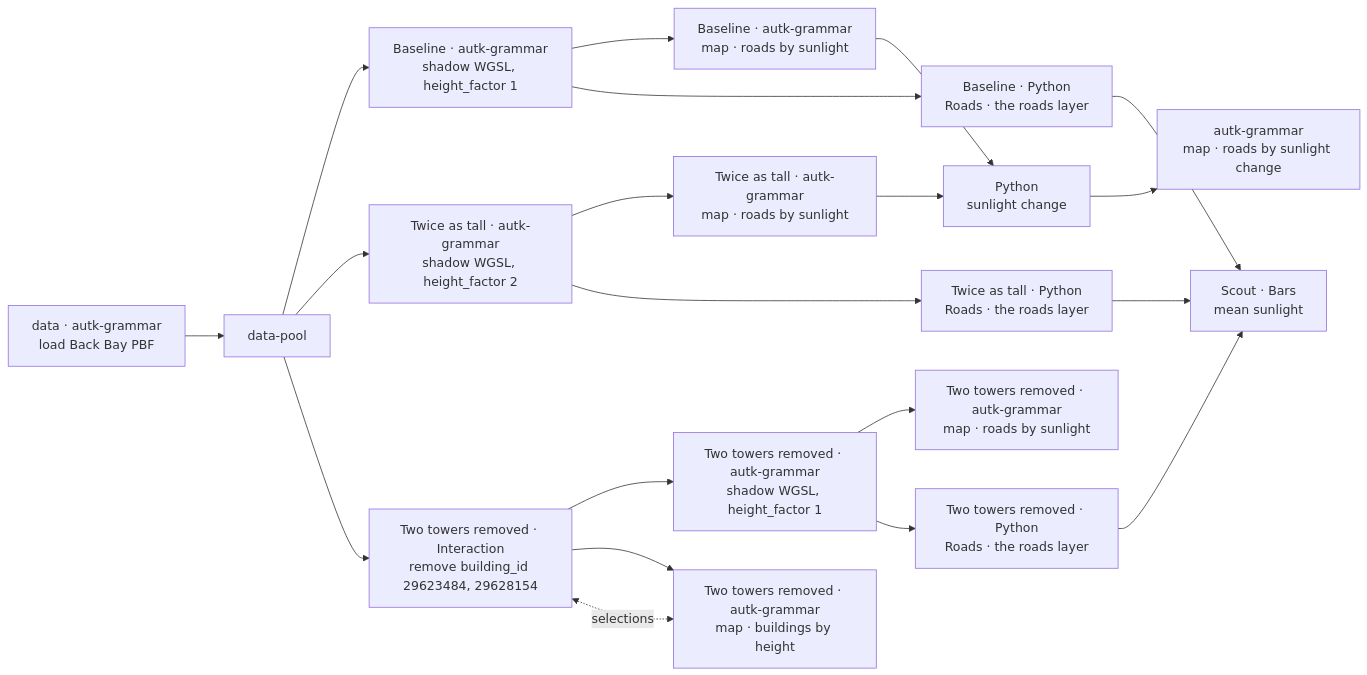
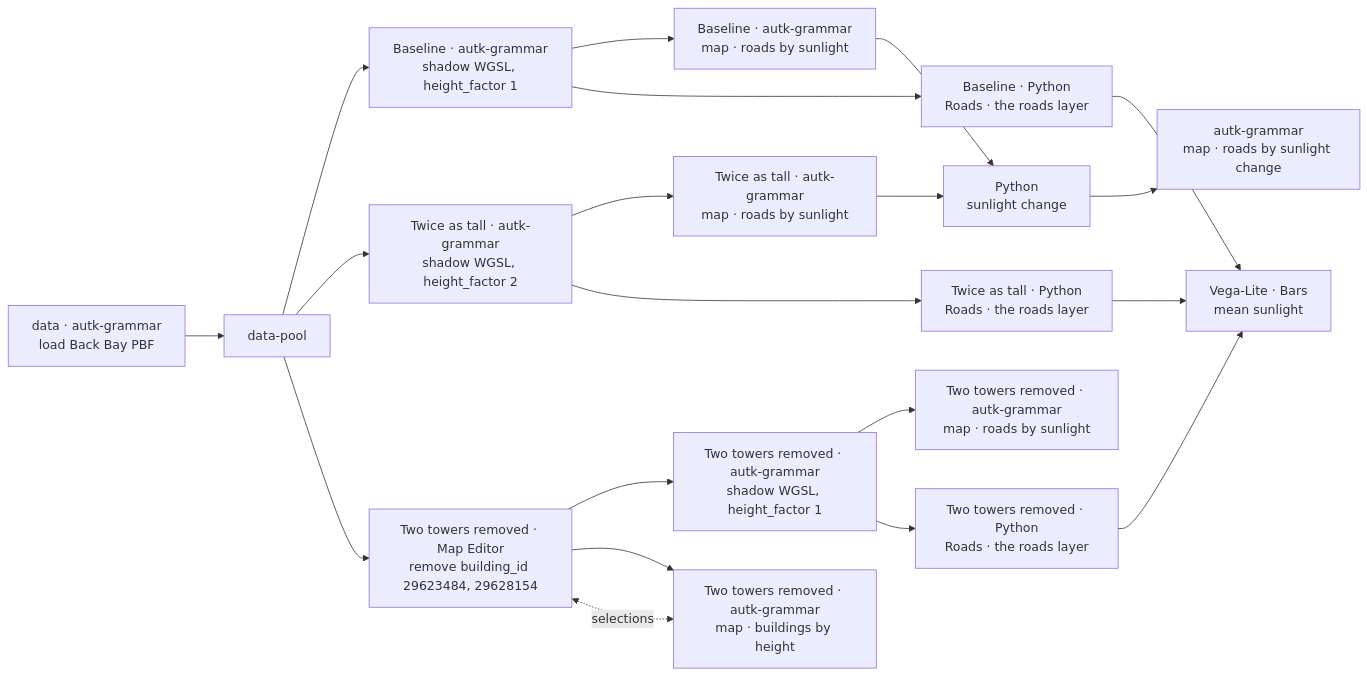
One commit to urban-toolkit/curio changed the diagram in docs/examples/06-back-bay-road-sunlight.md. Above: the diagram before and after it, drawn with Mermaid. The commit also changed other lines of this file and 9 other files, not shown here.

````diff
--- a/docs/examples/06-back-bay-road-sunlight.md
+++ b/docs/examples/06-back-bay-road-sunlight.md
@@ -19,34 +19,34 @@
 ```mermaid
 flowchart LR
   D["data · autk-grammar<br/>load Back Bay PBF"]
   P["data-pool"]
   BC["Baseline · autk-grammar<br/>shadow WGSL, height_factor 1"]
   BM["Baseline · autk-grammar<br/>map · roads by sunlight"]
   BR["Baseline · Python<br/>Roads · the roads layer"]
   MC["Twice as tall · autk-grammar<br/>shadow WGSL, height_factor 2"]
   MM["Twice as tall · autk-grammar<br/>map · roads by sunlight"]
   MR["Twice as tall · Python<br/>Roads · the roads layer"]
-  TE["Two towers removed · Interaction<br/>remove building_id 29623484, 29628154"]
+  TE["Two towers removed · Map Editor<br/>remove building_id 29623484, 29628154"]
   TB["Two towers removed · autk-grammar<br/>map · buildings by height"]
   TC["Two towers removed · autk-grammar<br/>shadow WGSL, height_factor 1"]
   TM["Two towers removed · autk-grammar<br/>map · roads by sunlight"]
   TR["Two towers removed · Python<br/>Roads · the roads layer"]
-  CC["Scout · Bars<br/>mean sunlight"]
+  CC["Vega-Lite · Bars<br/>mean sunlight"]
   CD["Python<br/>sunlight change"]
   DM["autk-grammar<br/>map · roads by sunlight change"]
   D --> P
   P --> BC --> BM
   BC --> BR
   P --> MC --> MM
   MC --> MR
   P --> TE --> TC --> TM
   TE --> TB
   TE <-. selections .-> TB
   TC --> TR
   BR --> CC
   MR --> CC
   TR --> CC
   BM --> CD
   MM --> CD
   CD --> DM
 ```
````
